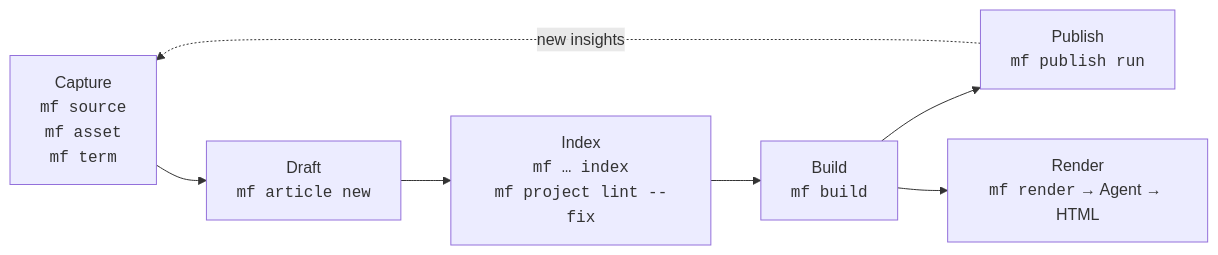
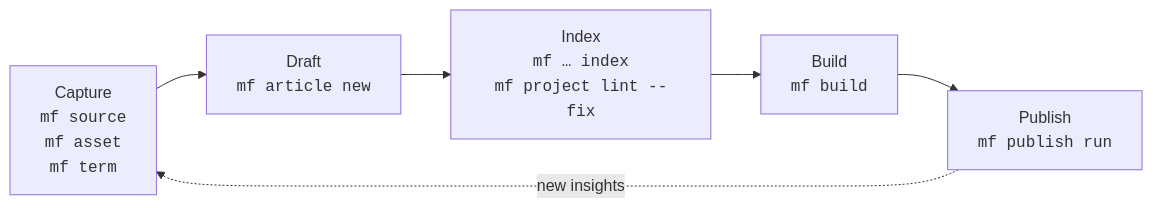
The third of 3 diagrams in README.md (alswl/mind-forge), drawn with Mermaid before and after one commit. The commit also changed other lines of this file and 1 other file, not shown here.

````diff
--- a/README.md
+++ b/README.md
@@ -153,13 +150,10 @@
 ```mermaid
 flowchart LR
   C[Capture<br/><code>mf source</code><br/><code>mf asset</code><br/><code>mf term</code>]
   D[Draft<br/><code>mf article new</code>]
   I[Index<br/><code>mf … index</code><br/><code>mf project lint --fix</code>]
   B[Build<br/><code>mf build</code>]
   P[Publish<br/><code>mf publish run</code>]
-  R[Render<br/><code>mf render</code> → Agent → HTML]
-  C --> D --> I --> B
-  B --> P
-  B --> R
+  C --> D --> I --> B --> P
   P -. new insights .-> C
 ```
````
